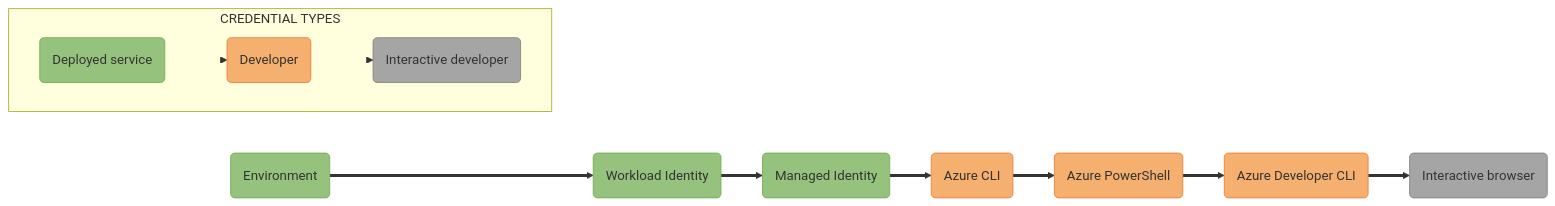
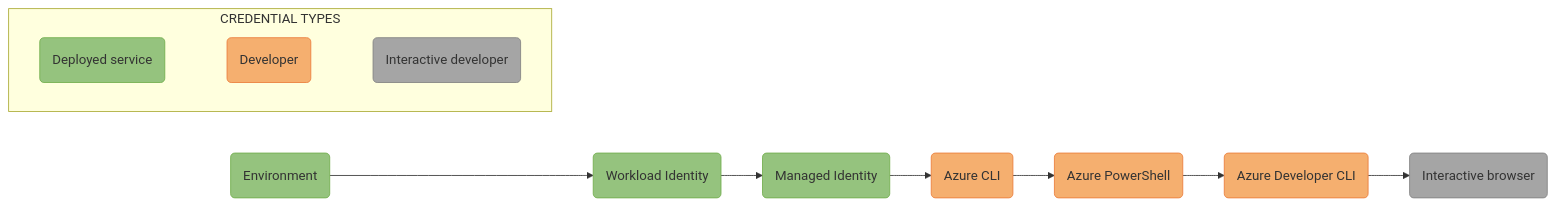
The diagram in sdk/identity/azure-identity/images/mermaidjs/DefaultAzureCredentialAuthFlow.md (Azure/azure-sdk-for-python), drawn with Mermaid before and after one commit. The commit also changed 2 other files, not shown here.

Commit message:
DAC auth flow updates (#30363)
* DAC auth flow updates

* Use aka.ms links

````diff
--- a/sdk/identity/azure-identity/images/mermaidjs/DefaultAzureCredentialAuthFlow.md
+++ b/sdk/identity/azure-identity/images/mermaidjs/DefaultAzureCredentialAuthFlow.md
@@ -1,31 +1,29 @@
 ```mermaid
 %% STEPS TO GENERATE IMAGE
 %% =======================
 %% 1. Install mermaid CLI (see https://github.com/mermaid-js/mermaid-cli/blob/master/README.md)
-%%    v8.14.0 is known good for our process. npm install -g @mermaid-js/mermaid-cli@8.14.0
+%%    v10.1.0 is known good for our process. npm install -g @mermaid-js/mermaid-cli@10.1.0
 %% 2. Run command: mmdc -i DefaultAzureCredentialAuthFlow.md -o DefaultAzureCredentialAuthFlow.svg
 
 flowchart LR;
-    A(Environment):::deployed ==> B(Workload Identity):::deployed ==> C(Managed Identity):::deployed ==> D(Azure CLI):::developer ==> E(Azure PowerShell):::developer ==> F(Azure Developer CLI):::developer ==> G(Interactive browser):::interactive;
+    A(Environment):::deployed --> B(Workload Identity):::deployed --> C(Managed Identity):::deployed --> D(Azure CLI):::developer --> E(Azure PowerShell):::developer --> F(Azure Developer CLI):::developer --> G(Interactive browser):::interactive;
 
     subgraph CREDENTIAL TYPES;
         direction LR;
-        Deployed(Deployed service):::deployed ==> Developer(Developer):::developer ==> Interactive(Interactive developer):::interactive;
-
-        %% Hide links between boxes in the legend by setting width to 0. The integers after "linkStyle" represent link indices.
-        linkStyle 6 stroke-width:0px;
-        linkStyle 7 stroke-width:0px;
+        Deployed(Deployed service):::deployed ~~~ Developer(Developer):::developer ~~~ Interactive(Interactive developer):::interactive;
     end;
 
     %% Define styles for credential type boxes
     classDef deployed fill:#95C37E, stroke:#71AD4C;
     classDef developer fill:#F5AF6F, stroke:#EB7C39;
     classDef interactive fill:#A5A5A5, stroke:#828282;
 
     %% Add API ref links to credential type boxes
-    click A "https://learn.microsoft.com/python/api/azure-identity/azure.identity.environmentcredential?view=azure-python" _blank;
-    click C "https://learn.microsoft.com/python/api/azure-identity/azure.identity.managedidentitycredential?view=azure-python" _blank;
-    click D "https://learn.microsoft.com/python/api/azure-identity/azure.identity.azureclicredential?view=azure-python" _blank;
-    click E "https://learn.microsoft.com/python/api/azure-identity/azure.identity.azurepowershellcredential?view=azure-python" _blank;
-    click G "https://learn.microsoft.com/python/api/azure-identity/azure.identity.interactivebrowsercredential?view=azure-python" _blank;
+    click A "https://aka.ms/azsdk/python/identity/environmentcredential" _blank;
+    click B "https://aka.ms/azsdk/python/identity/workloadidentitycredential" _blank;
+    click C "https://aka.ms/azsdk/python/identity/managedidentitycredential" _blank;
+    click D "https://aka.ms/azsdk/python/identity/azclicredential" _blank;
+    click E "https://aka.ms/azsdk/python/identity/powershellcredential" _blank;
+    click F "https://aka.ms/azsdk/python/identity/azuredeveloperclicredential" _blank;
+    click G "https://aka.ms/azsdk/python/identity/interactivebrowsercredential" _blank;
 ```
````
